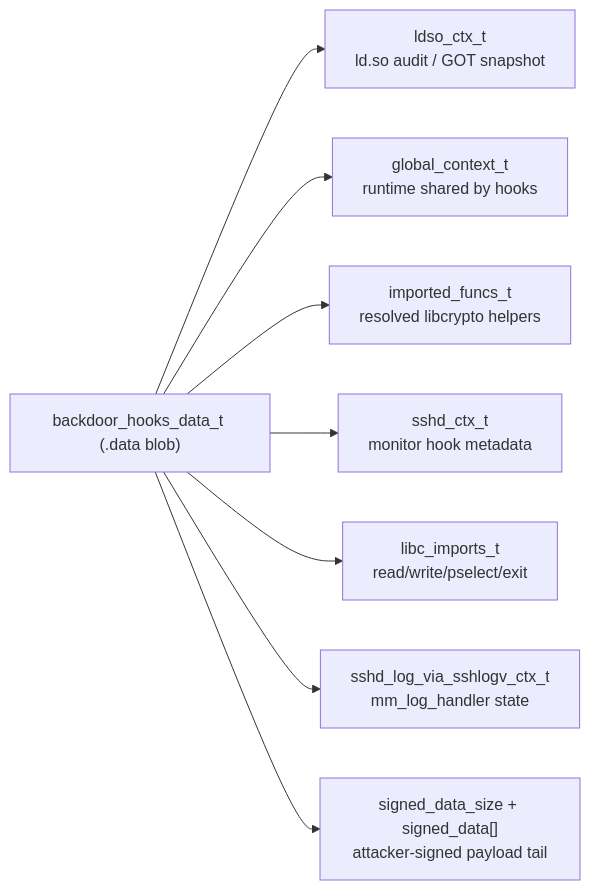
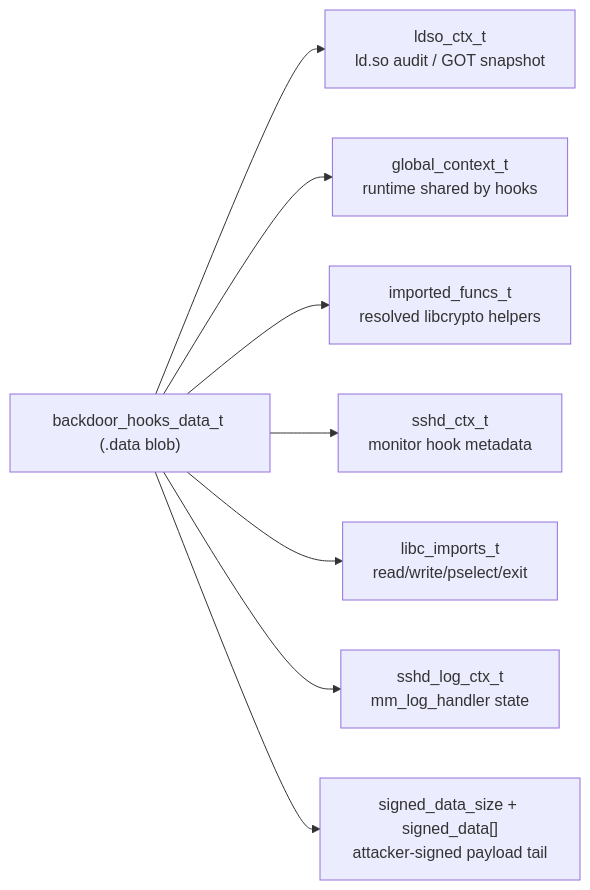
The sixth of 10 diagrams in docs/backdoor_functionality.md (vanbako/xzre-ghidra), drawn with Mermaid before and after one commit. The commit also changed other lines of this file and 5 other files, not shown here.

````diff
--- a/docs/backdoor_functionality.md
+++ b/docs/backdoor_functionality.md
@@ -184,19 +184,19 @@
 ```mermaid
 flowchart LR
     hooks["backdoor_hooks_data_t (.data blob)"]
     ldso["ldso_ctx_t\nld.so audit / GOT snapshot"]
     global_ctx["global_context_t\nruntime shared by hooks"]
     imports["imported_funcs_t\nresolved libcrypto helpers"]
     sshdctx["sshd_ctx_t\nmonitor hook metadata"]
     libc["libc_imports_t\nread/write/pselect/exit"]
-    logctx["sshd_log_via_sshlogv_ctx_t\nmm_log_handler state"]
+    logctx["sshd_log_ctx_t\nmm_log_handler state"]
     payload["signed_data_size + signed_data[]\nattacker-signed payload tail"]
 
     hooks --> ldso
     hooks --> global_ctx
     hooks --> imports
     hooks --> sshdctx
     hooks --> libc
     hooks --> logctx
     hooks --> payload
 ```
````
